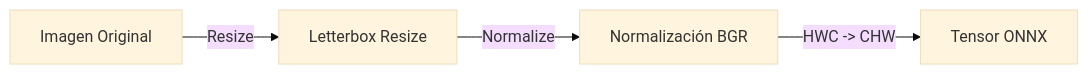
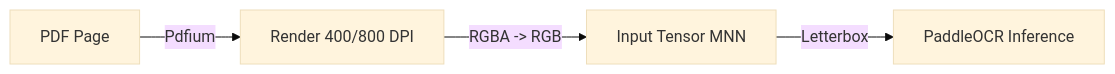
Before and after one commit to Mahynlo/glyphatlas-editor: the diagram in docs/image_processing.md, drawn with Mermaid (base theme). The commit also changed other lines of this file and 4 other files, not shown here.

Commit message:
feat: Implement native Rust/Tauri backend with PaddleOCR (MNN), update README, and add detailed architecture documentation.

````diff
--- a/docs/image_processing.md
+++ b/docs/image_processing.md
@@ -7,6 +7,6 @@
 ```mermaid
 graph LR
-    Input[Imagen Original] -->|Resize| Letterbox[Letterbox Resize]
-    Letterbox -->|Normalize| Norm[Normalización BGR]
-    Norm -->|HWC -> CHW| Tensor[Tensor ONNX]
+    PDF[PDF Page] -->|Pdfium| Render[Render 400/800 DPI]
+    Render -->|RGBA -> RGB| MNN_Format[Input Tensor MNN]
+    MNN_Format -->|Letterbox| Inference[PaddleOCR Inference]
 ```
````
